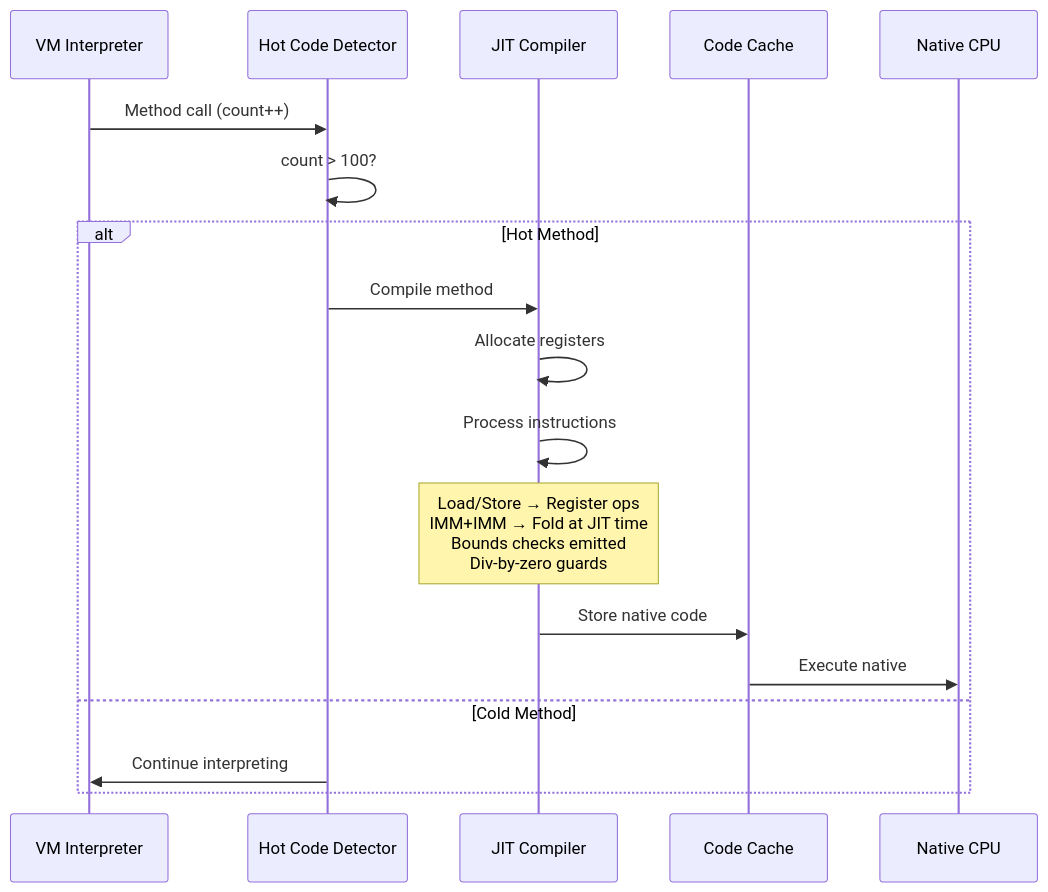
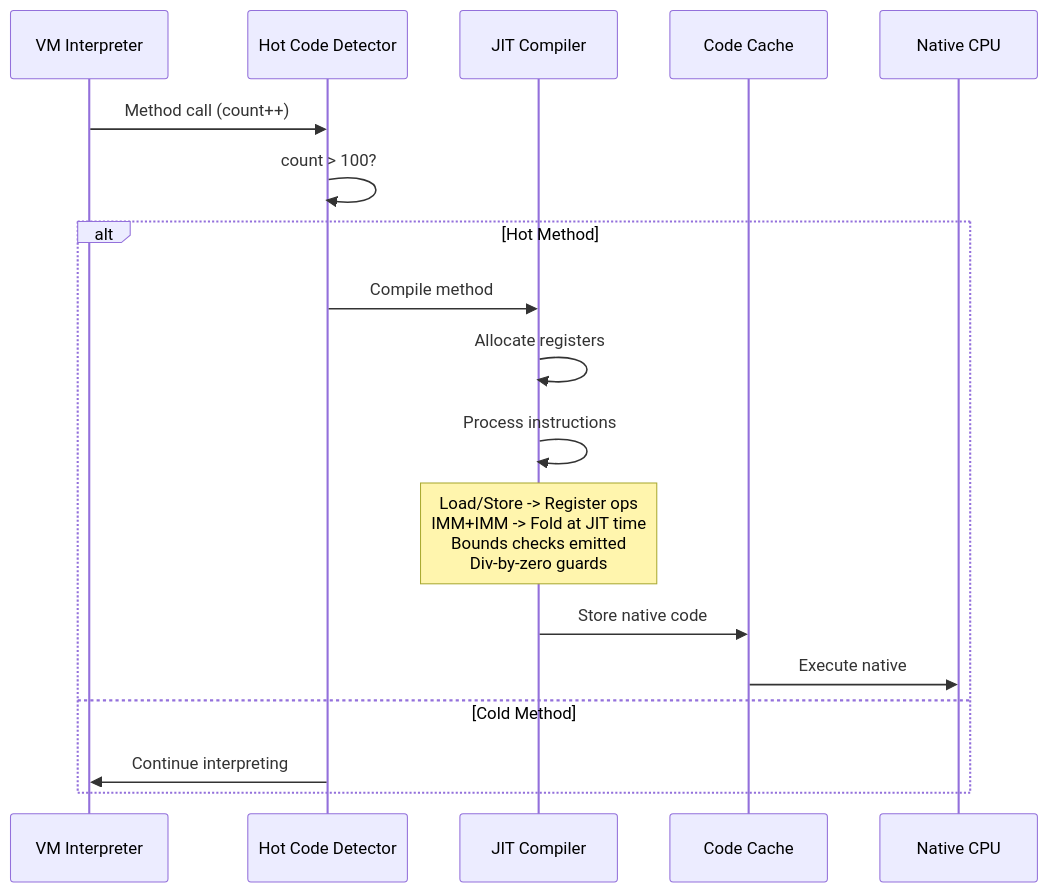
The fourth of 4 diagrams in docs/performance.md (objeck/objeck-lang), drawn with Mermaid before and after one commit. The commit also changed other lines of this file and 2 other files, not shown here.

````diff
--- a/docs/performance.md
+++ b/docs/performance.md
@@ -350,22 +287,22 @@
 ```mermaid
 sequenceDiagram
     participant VM as VM Interpreter
     participant HC as Hot Code Detector
     participant JIT as JIT Compiler
     participant CC as Code Cache
     participant CPU as Native CPU
 
     VM->>HC: Method call (count++)
     HC->>HC: count > 100?
 
     alt Hot Method
         HC->>JIT: Compile method
         JIT->>JIT: Allocate registers
         JIT->>JIT: Process instructions
-        Note over JIT: Load/Store → Register ops<br/>IMM+IMM → Fold at JIT time<br/>Bounds checks emitted<br/>Div-by-zero guards
+        Note over JIT: Load/Store -> Register ops<br/>IMM+IMM -> Fold at JIT time<br/>Bounds checks emitted<br/>Div-by-zero guards
         JIT->>CC: Store native code
         CC->>CPU: Execute native
     else Cold Method
         HC->>VM: Continue interpreting
     end
 ```
````
